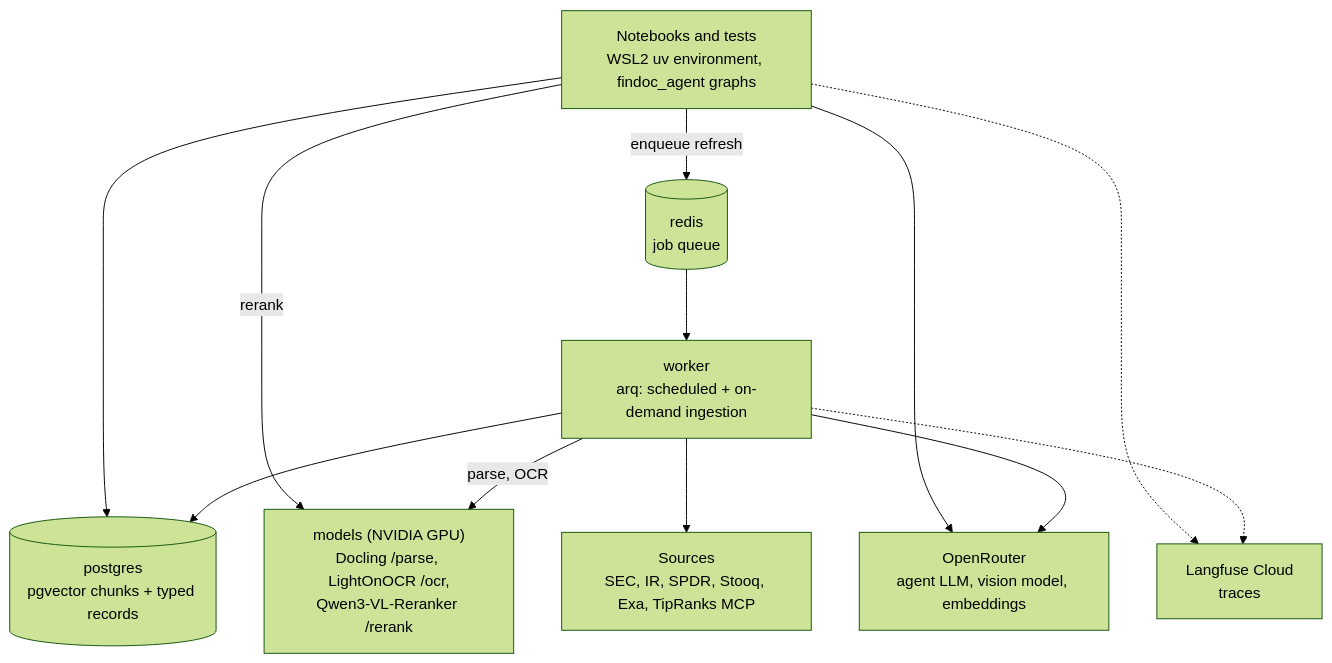
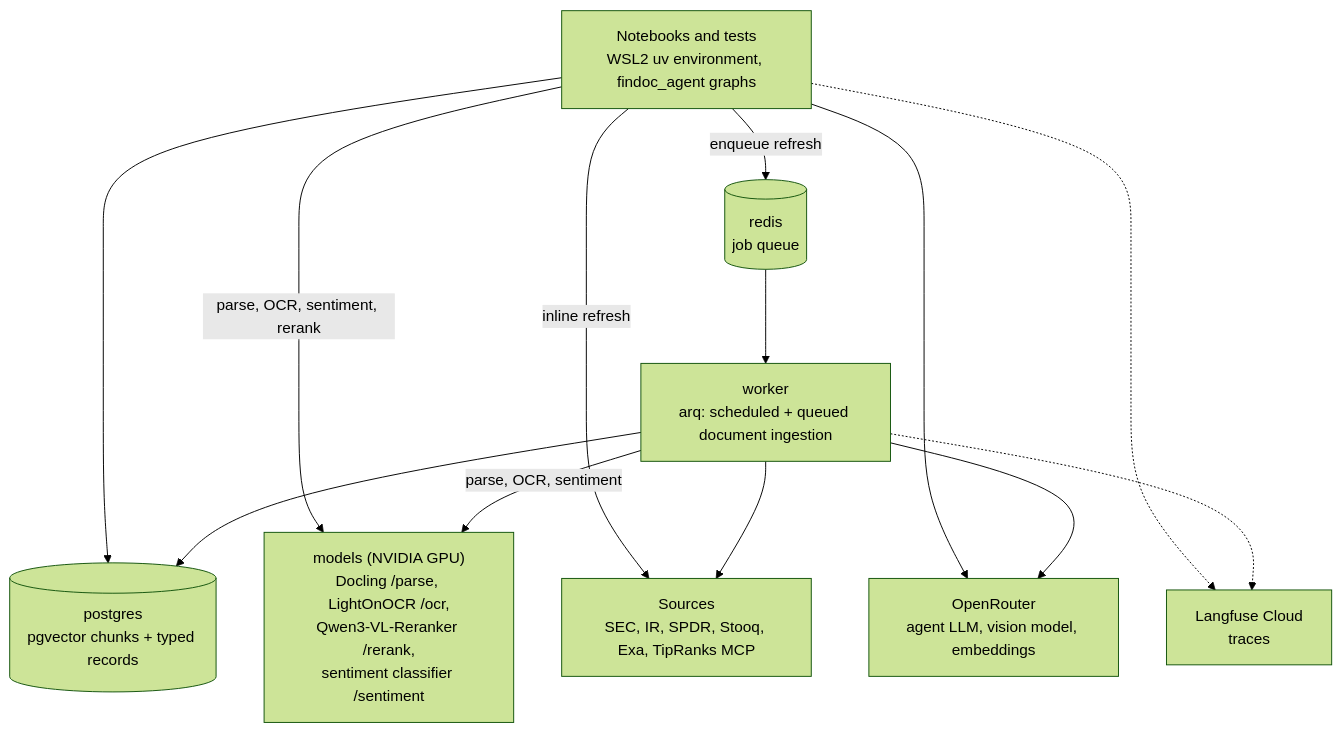
One commit to chazyman/financial-agent-capstone changed the second of 2 diagrams in docs/DESIGN.md. Above: the diagram before and after it, drawn with Mermaid (forest theme). The commit also changed other lines of this file and 2 other files, not shown here.

````diff
--- a/docs/DESIGN.md
+++ b/docs/DESIGN.md
@@ -363,22 +376,23 @@
 ```mermaid
 flowchart TB
     NB["Notebooks and tests<br/>WSL2 uv environment, findoc_agent graphs"]
     RQ[("redis<br/>job queue")]
-    W["worker<br/>arq: scheduled + on-demand ingestion"]
-    M["models (NVIDIA GPU)<br/>Docling /parse, LightOnOCR /ocr,<br/>Qwen3-VL-Reranker /rerank"]
+    W["worker<br/>arq: scheduled + queued document ingestion"]
+    M["models (NVIDIA GPU)<br/>Docling /parse, LightOnOCR /ocr,<br/>Qwen3-VL-Reranker /rerank,<br/>sentiment classifier /sentiment"]
     PG[("postgres<br/>pgvector chunks + typed records")]
     OR["OpenRouter<br/>agent LLM, vision model, embeddings"]
     EXT["Sources<br/>SEC, IR, SPDR, Stooq, Exa, TipRanks MCP"]
     LF["Langfuse Cloud<br/>traces"]
 
     NB -->|enqueue refresh| RQ --> W
     NB --> PG
     W --> PG
-    NB -->|rerank| M
-    W -->|parse, OCR| M
+    NB -->|parse, OCR, sentiment, rerank| M
+    NB -->|inline refresh| EXT
+    W -->|parse, OCR, sentiment| M
     W --> EXT
     NB --> OR
     W --> OR
     NB -.-> LF
     W -.-> LF
 ```
````
